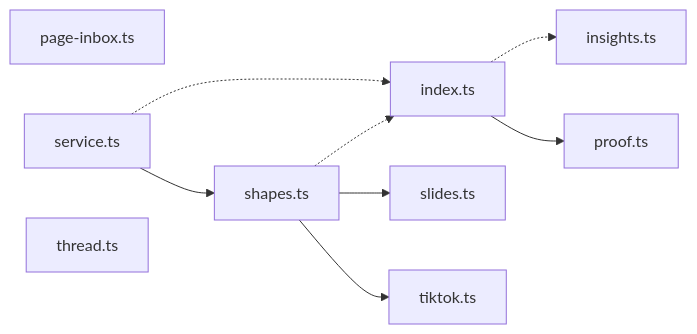
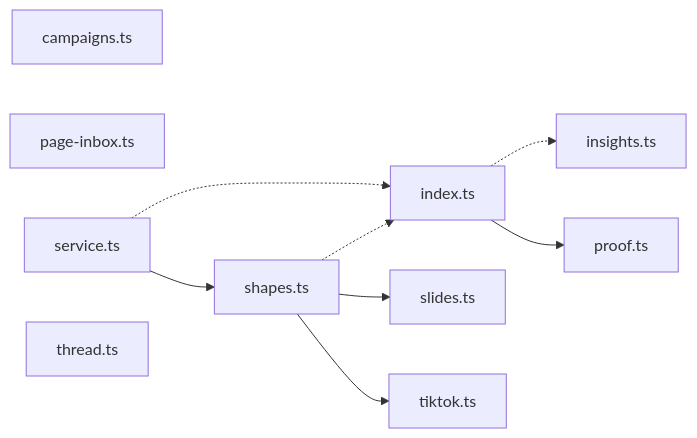
One commit to wrenautomation/wren changed the diagram in map/generated/imports/@wren+starling-core.md. Above: the diagram before and after it, drawn with Mermaid. The commit also changed other lines of this file and 49 other files, not shown here.

````diff
--- a/map/generated/imports/@wren+starling-core.md
+++ b/map/generated/imports/@wren+starling-core.md
@@ -17,19 +17,20 @@
 ```mermaid
 flowchart LR
+  ncampaigns_ts["campaigns.ts"]
   nindex_ts["index.ts"]
   ninsights_ts["insights.ts"]
   npage_inbox_ts["page-inbox.ts"]
   nproof_ts["proof.ts"]
   nservice_ts["service.ts"]
   nshapes_ts["shapes.ts"]
   nslides_ts["slides.ts"]
   nthread_ts["thread.ts"]
   ntiktok_ts["tiktok.ts"]
   nindex_ts -.-> ninsights_ts
   nindex_ts --> nproof_ts
   nservice_ts -.-> nindex_ts
   nservice_ts --> nshapes_ts
   nshapes_ts -.-> nindex_ts
   nshapes_ts --> nslides_ts
   nshapes_ts --> ntiktok_ts
 ```
````
